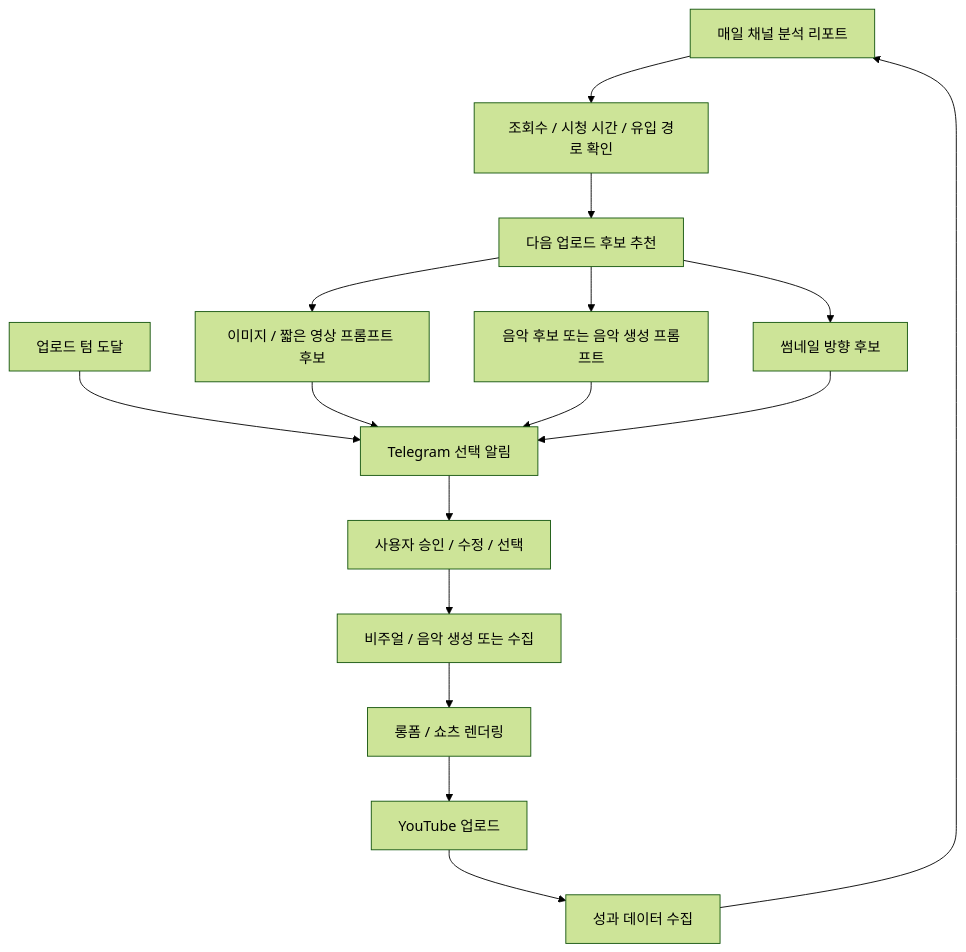
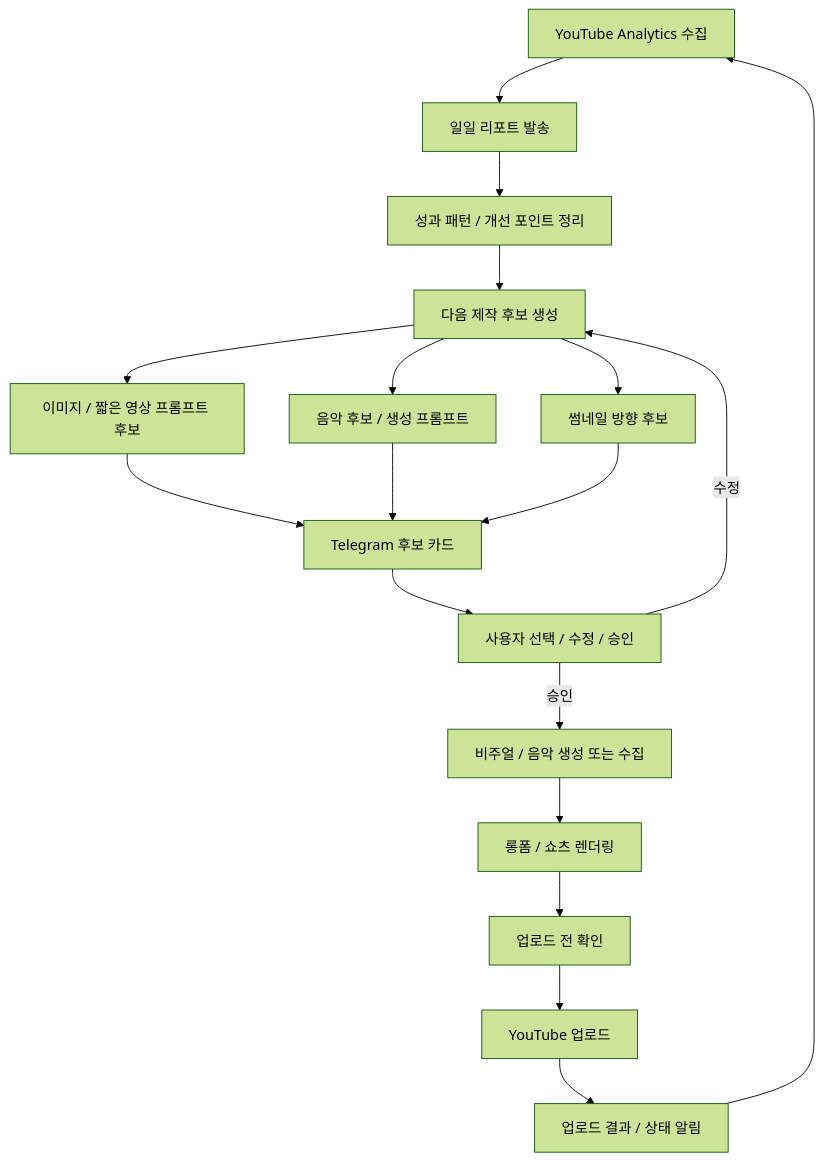
One commit to arnold6444/reprise-project-summaries changed the second of 2 diagrams in docs/youtube-automation-system.md. Above: the diagram before and after it, drawn with Mermaid (forest theme). The commit also changed other lines of this file, not shown here.

Commit message:
Improve YouTube target workflow loop

````diff
--- a/docs/youtube-automation-system.md
+++ b/docs/youtube-automation-system.md
@@ -46,18 +46,20 @@
 ```mermaid
 flowchart TD
-    A["매일 채널 분석 리포트"] --> B["조회수 / 시청 시간 / 유입 경로 확인"]
-    B --> C["다음 업로드 후보 추천"]
-    C --> D["이미지 / 짧은 영상 프롬프트 후보"]
-    C --> E["음악 후보 또는 음악 생성 프롬프트"]
-    C --> F["썸네일 방향 후보"]
-    G["업로드 텀 도달"] --> H["Telegram 선택 알림"]
-    D --> H
-    E --> H
+    A["YouTube Analytics 수집"] --> B["일일 리포트 발송"]
+    B --> C["성과 패턴 / 개선 포인트 정리"]
+    C --> D["다음 제작 후보 생성"]
+    D --> E["이미지 / 짧은 영상 프롬프트 후보"]
+    D --> F["음악 후보 / 생성 프롬프트"]
+    D --> G["썸네일 방향 후보"]
+    E --> H["Telegram 후보 카드"]
     F --> H
-    H --> I["사용자 승인 / 수정 / 선택"]
-    I --> J["비주얼 / 음악 생성 또는 수집"]
+    G --> H
+    H --> I["사용자 선택 / 수정 / 승인"]
+    I -->|수정| D
+    I -->|승인| J["비주얼 / 음악 생성 또는 수집"]
     J --> K["롱폼 / 쇼츠 렌더링"]
-    K --> L["YouTube 업로드"]
-    L --> M["성과 데이터 수집"]
-    M --> A
+    K --> L["업로드 전 확인"]
+    L --> M["YouTube 업로드"]
+    M --> N["업로드 결과 / 상태 알림"]
+    N --> A
 ```
````
